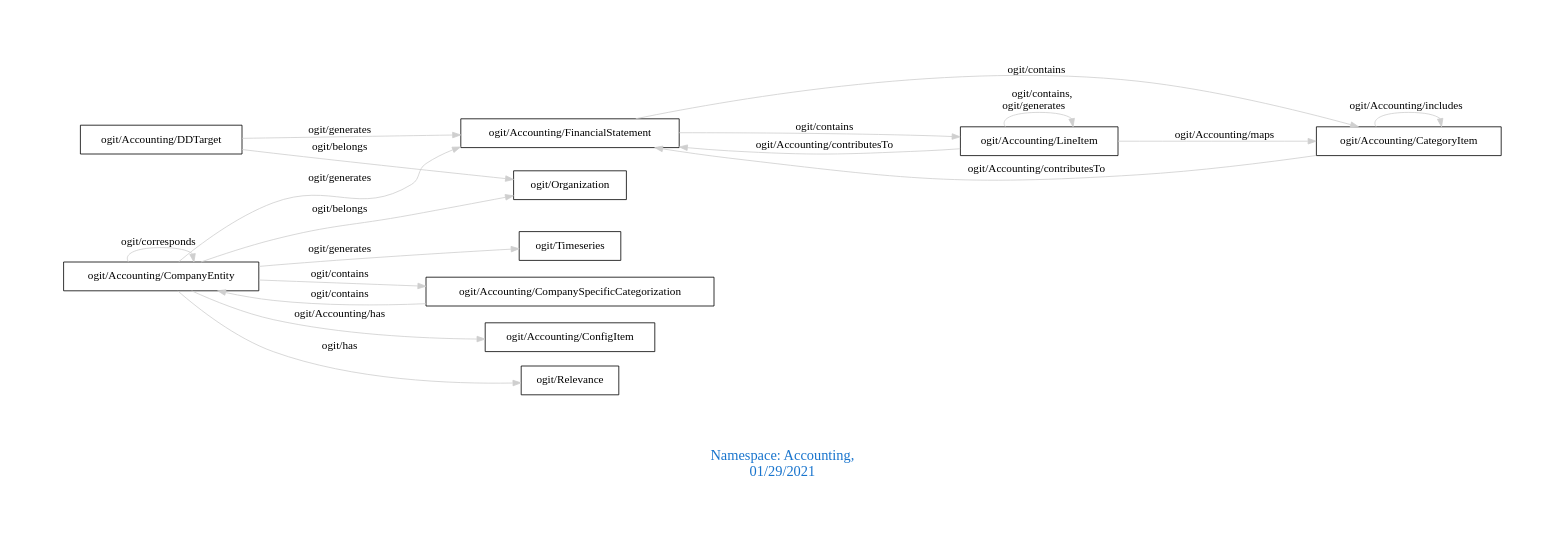
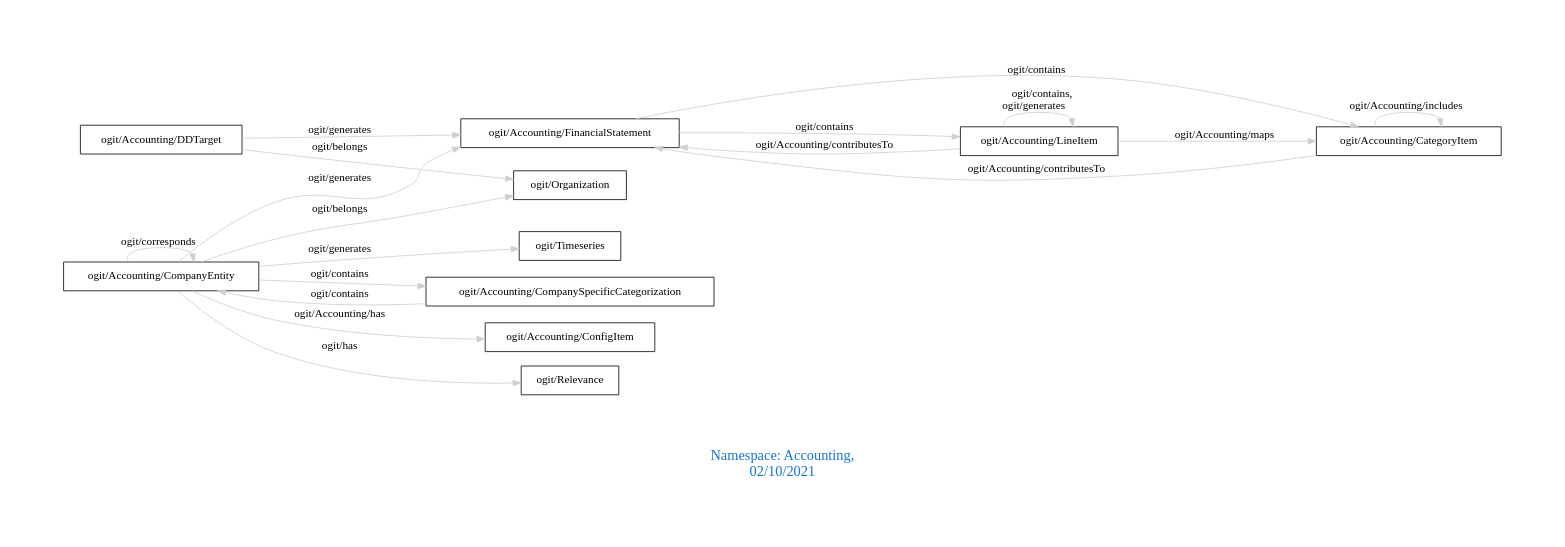
The diagram in downloads/Accounting.dot (arago/OGIT), drawn with Graphviz before and after one commit. The commit also changed 1867 other files, not shown here.

```diff
--- a/downloads/Accounting.dot
+++ b/downloads/Accounting.dot
@@ -1,25 +1,25 @@
 digraph OGIT_ontology {
  graph [ rankdir= LR,pad=1 
 fontsize = 18,
-fontcolor= dodgerblue3,label = "\n\n\nNamespace: Accounting, \n 01/29/2021"];
+fontcolor= dodgerblue3,label = "\n\n\nNamespace: Accounting, \n 02/10/2021"];
 node[shape=polygon];
 edge [  color="gray81"];
 
    "ogit/Accounting/CompanyEntity" -> "ogit/Accounting/CompanySpecificCategorization" [label="   ogit/contains    "];
    "ogit/Accounting/CompanySpecificCategorization" -> "ogit/Accounting/CompanyEntity" [label="   ogit/contains    "];
    "ogit/Accounting/FinancialStatement" -> "ogit/Accounting/LineItem" [label="   ogit/contains    "];
    "ogit/Accounting/FinancialStatement" -> "ogit/Accounting/CategoryItem" [label="   ogit/contains    "];
    "ogit/Accounting/CompanyEntity" -> "ogit/Accounting/FinancialStatement" [label="   ogit/generates    "];
    "ogit/Accounting/CompanyEntity" -> "ogit/Timeseries" [label="   ogit/generates    "];
    "ogit/Accounting/DDTarget" -> "ogit/Accounting/FinancialStatement" [label="   ogit/generates    "];
    "ogit/Accounting/CategoryItem" -> "ogit/Accounting/FinancialStatement" [label="   ogit/Accounting/contributesTo    "];
    "ogit/Accounting/LineItem" -> "ogit/Accounting/FinancialStatement" [label="   ogit/Accounting/contributesTo    "];
    "ogit/Accounting/LineItem" -> "ogit/Accounting/CategoryItem" [label="   ogit/Accounting/maps    "];
    "ogit/Accounting/CompanyEntity" -> "ogit/Organization" [label="   ogit/belongs    "];
    "ogit/Accounting/DDTarget" -> "ogit/Organization" [label="   ogit/belongs    "];
    "ogit/Accounting/CompanyEntity" -> "ogit/Accounting/ConfigItem" [label="   ogit/Accounting/has    "];
    "ogit/Accounting/CompanyEntity" -> "ogit/Relevance" [label="   ogit/has    "];
    "ogit/Accounting/CategoryItem" -> "ogit/Accounting/CategoryItem" [label="   ogit/Accounting/includes    "];
    "ogit/Accounting/CompanyEntity" -> "ogit/Accounting/CompanyEntity" [label="   ogit/corresponds    "];
    "ogit/Accounting/LineItem" -> "ogit/Accounting/LineItem" [label="   ogit/contains, \n ogit/generates    "];
 }
```
